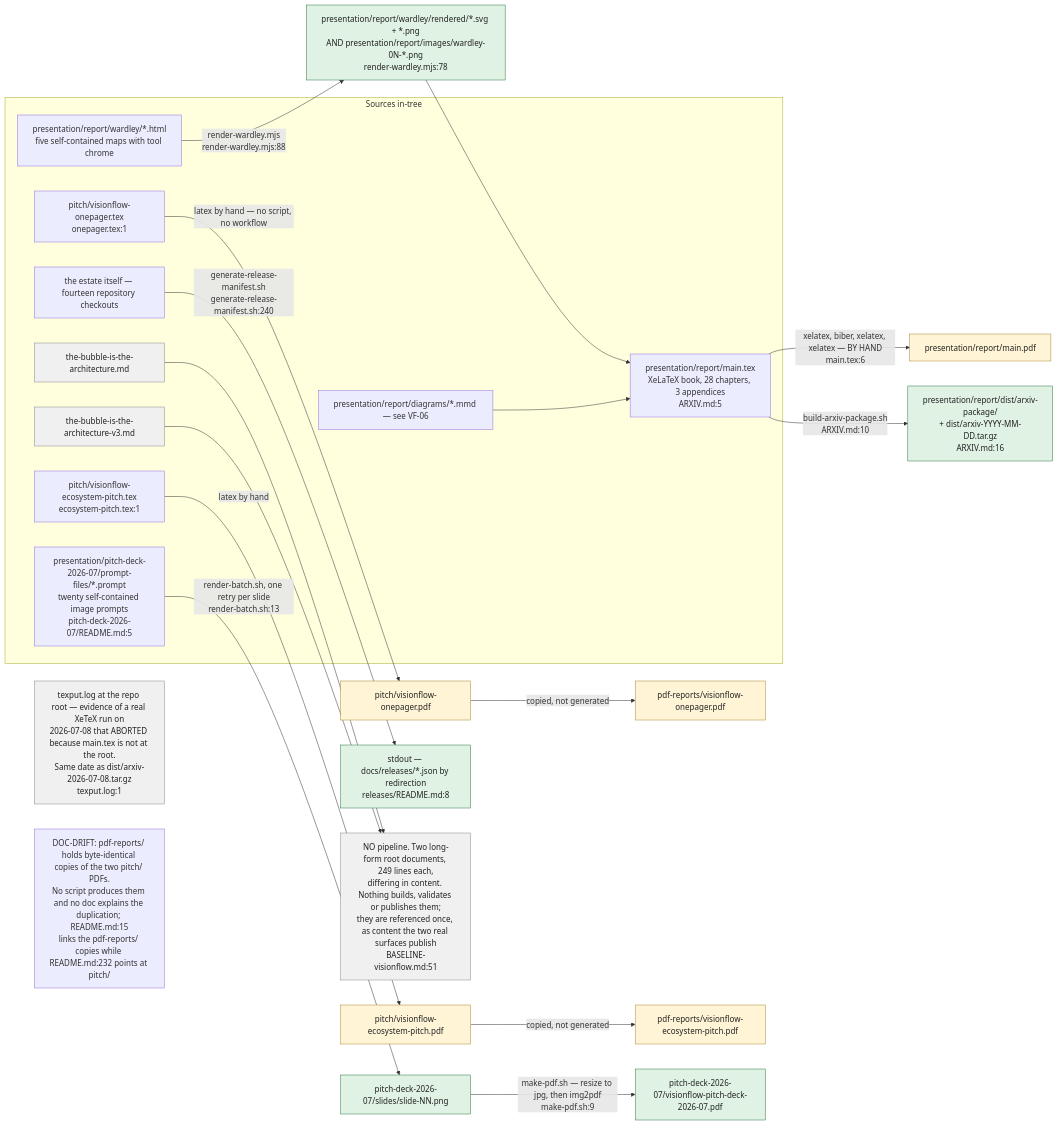
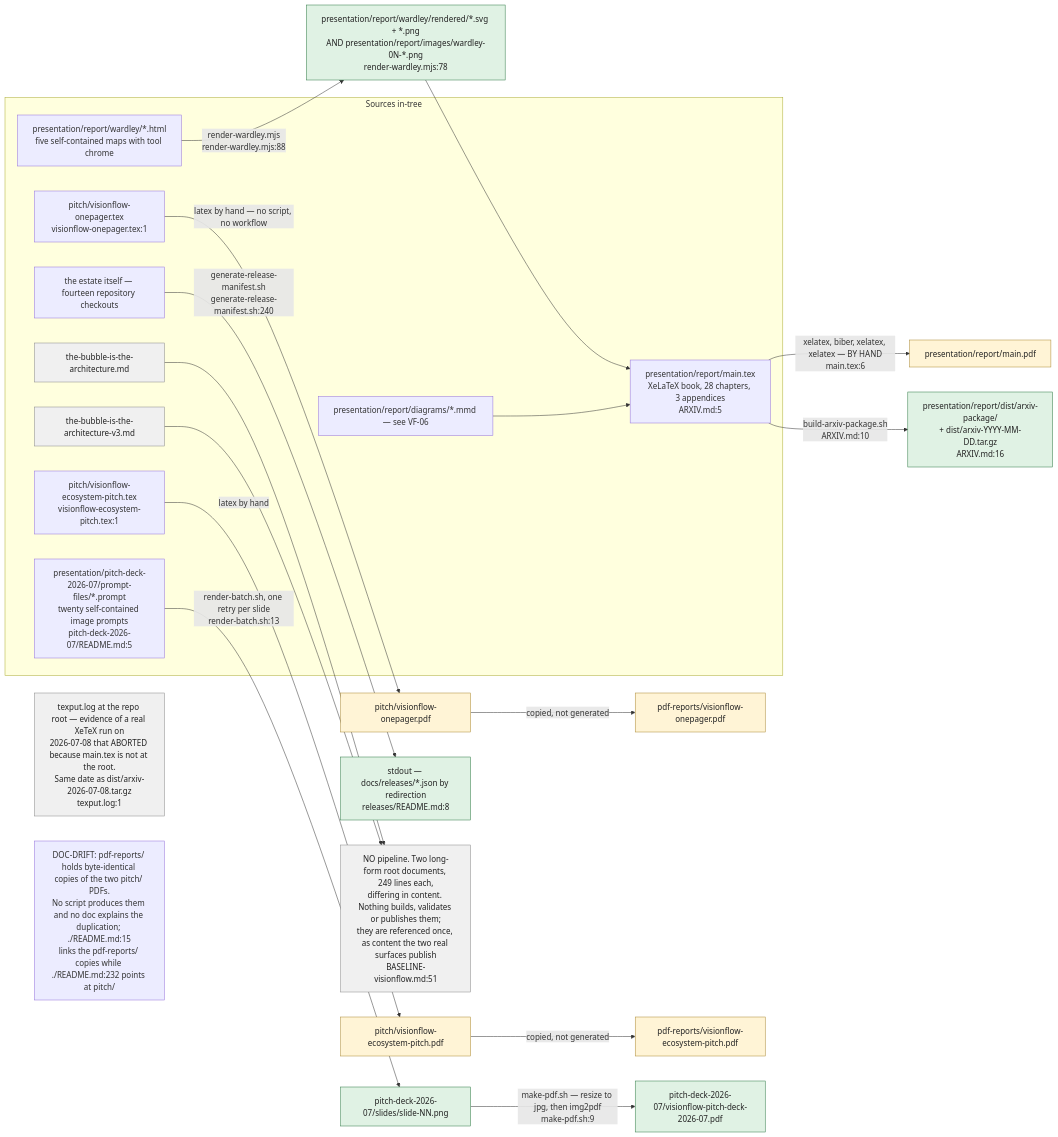
One commit to DreamLab-AI/VisionFlow changed the first of 11 diagrams in docs/diagrams/visionflow/07-pitch-presentation-reports.md. Above: the diagram before and after it, drawn with Mermaid. The commit also changed other lines of this file and 185 other files, not shown here.

Commit message:
docs(estate): reconcile diagrams and ADRs with source and define closeout sprint

````diff
--- a/docs/diagrams/visionflow/07-pitch-presentation-reports.md
+++ b/docs/diagrams/visionflow/07-pitch-presentation-reports.md
@@ -37,41 +38,41 @@
 ```mermaid
 flowchart LR
     classDef auto fill:#e0f2e4,stroke:#2f7a45,color:#222
     classDef manual fill:#fff4d6,stroke:#aa8833,color:#222
     classDef content fill:#f0f0f0,stroke:#888,color:#222
 
     subgraph SRC["Sources in-tree"]
         R1["presentation/report/main.tex<br/>XeLaTeX book, 28 chapters, 3 appendices<br/>ARXIV.md:5"]
         R2["presentation/report/wardley/*.html<br/>five self-contained maps with tool chrome"]
         R3["presentation/report/diagrams/*.mmd — see VF-06"]
-        P1["pitch/visionflow-onepager.tex<br/>onepager.tex:1"]
-        P2["pitch/visionflow-ecosystem-pitch.tex<br/>ecosystem-pitch.tex:1"]
+        P1["pitch/visionflow-onepager.tex<br/>visionflow-onepager.tex:1"]
+        P2["pitch/visionflow-ecosystem-pitch.tex<br/>visionflow-ecosystem-pitch.tex:1"]
         D1["presentation/pitch-deck-2026-07/prompt-files/*.prompt<br/>twenty self-contained image prompts<br/>pitch-deck-2026-07/README.md:5"]
         B1["the-bubble-is-the-architecture.md"]:::content
         B2["the-bubble-is-the-architecture-v3.md"]:::content
         RM["the estate itself — fourteen repository checkouts"]
     end
 
     R2 -->|"render-wardley.mjs<br/>render-wardley.mjs:88"| O2["presentation/report/wardley/rendered/*.svg + *.png<br/>AND presentation/report/images/wardley-0N-*.png<br/>render-wardley.mjs:78"]:::auto
     O2 --> R1
     R3 --> R1
     R1 -->|"xelatex, biber, xelatex, xelatex — BY HAND<br/>main.tex:6"| O1["presentation/report/main.pdf"]:::manual
     R1 -->|"build-arxiv-package.sh<br/>ARXIV.md:10"| O3["presentation/report/dist/arxiv-package/<br/>+ dist/arxiv-YYYY-MM-DD.tar.gz<br/>ARXIV.md:16"]:::auto
 
     P1 -->|"latex by hand — no script, no workflow"| O4["pitch/visionflow-onepager.pdf"]:::manual
     P2 -->|"latex by hand"| O5["pitch/visionflow-ecosystem-pitch.pdf"]:::manual
     O4 -->|"copied, not generated"| O6["pdf-reports/visionflow-onepager.pdf"]:::manual
     O5 -->|"copied, not generated"| O7["pdf-reports/visionflow-ecosystem-pitch.pdf"]:::manual
 
     D1 -->|"render-batch.sh, one retry per slide<br/>render-batch.sh:13"| O8["pitch-deck-2026-07/slides/slide-NN.png"]:::auto
     O8 -->|"make-pdf.sh — resize to jpg, then img2pdf<br/>make-pdf.sh:9"| O9["pitch-deck-2026-07/visionflow-pitch-deck-2026-07.pdf"]:::auto
 
     RM -->|"generate-release-manifest.sh<br/>generate-release-manifest.sh:240"| O10["stdout — docs/releases/*.json by redirection<br/>releases/README.md:8"]:::auto
 
     B1 --> NOP["NO pipeline. Two long-form root documents, 249 lines each,<br/>differing in content. Nothing builds, validates or publishes them;<br/>they are referenced once, as content the two real surfaces publish<br/>BASELINE-visionflow.md:51"]:::content
     B2 --> NOP
 
     ORPH["texput.log at the repo root — evidence of a real XeTeX run on<br/>2026-07-08 that ABORTED because main.tex is not at the root.<br/>Same date as dist/arxiv-2026-07-08.tar.gz<br/>texput.log:1"]:::content
 
-    NOTE["DOC-DRIFT: pdf-reports/ holds byte-identical copies of the two pitch/ PDFs.<br/>No script produces them and no doc explains the duplication; README.md:15<br/>links the pdf-reports/ copies while README.md:232 points at pitch/"]
+    NOTE["DOC-DRIFT: pdf-reports/ holds byte-identical copies of the two pitch/ PDFs.<br/>No script produces them and no doc explains the duplication; ./README.md:15<br/>links the pdf-reports/ copies while ./README.md:232 points at pitch/"]
 ```
````
